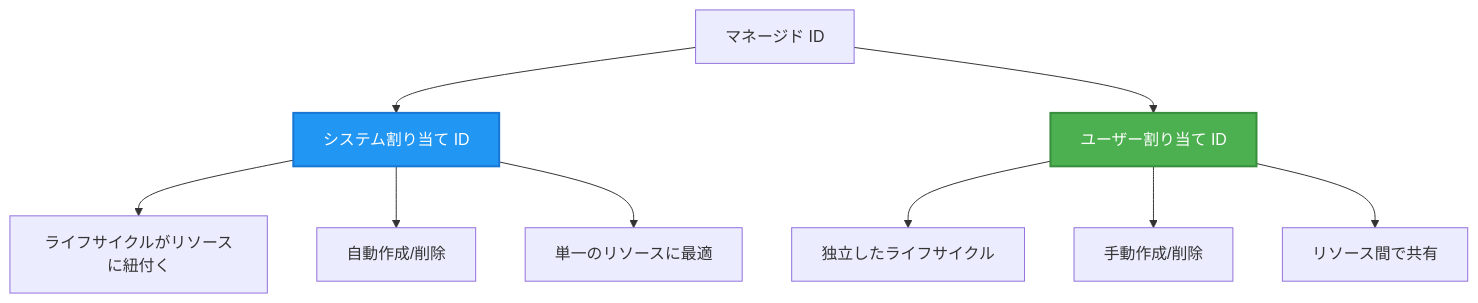
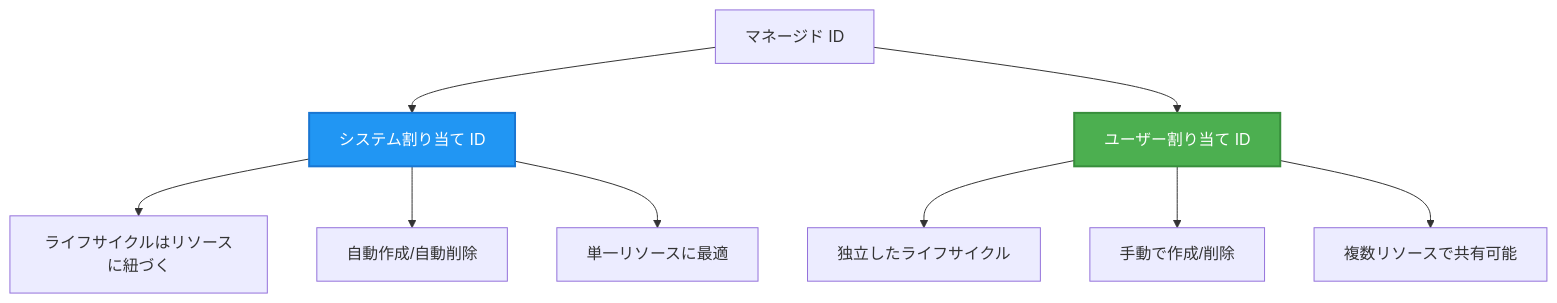
Before and after one commit to microsoft/AZD-for-beginners: the second of 2 diagrams in translations/ja/docs/chapter-03-configuration/authsecurity.md, drawn with Mermaid. The commit also changed other lines of this file and 104 other files, not shown here.

````diff
--- a/translations/ja/docs/chapter-03-configuration/authsecurity.md
+++ b/translations/ja/docs/chapter-03-configuration/authsecurity.md
@@ -97,20 +98,20 @@
 ```mermaid
 graph TB
     MI[マネージド ID]
     SystemAssigned[システム割り当て ID]
     UserAssigned[ユーザー割り当て ID]
     
     MI --> SystemAssigned
     MI --> UserAssigned
     
-    SystemAssigned --> SA1[ライフサイクルがリソースに紐付く]
-    SystemAssigned --> SA2[自動作成/削除]
-    SystemAssigned --> SA3[単一のリソースに最適]
+    SystemAssigned --> SA1[ライフサイクルはリソースに紐づく]
+    SystemAssigned --> SA2[自動作成/自動削除]
+    SystemAssigned --> SA3[単一リソースに最適]
     
     UserAssigned --> UA1[独立したライフサイクル]
-    UserAssigned --> UA2[手動作成/削除]
-    UserAssigned --> UA3[リソース間で共有]
+    UserAssigned --> UA2[手動で作成/削除]
+    UserAssigned --> UA3[複数リソースで共有可能]
     
     style SystemAssigned fill:#2196F3,stroke:#1976D2,stroke-width:2px,color:#fff
     style UserAssigned fill:#4CAF50,stroke:#388E3C,stroke-width:2px,color:#fff
 ```
````
